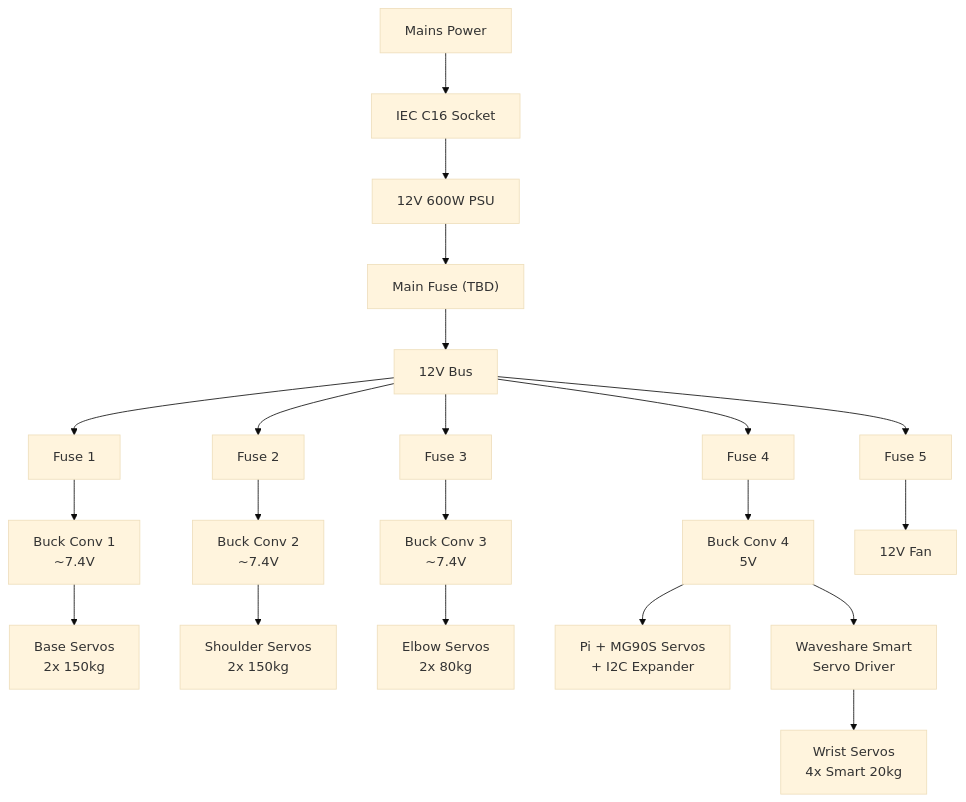
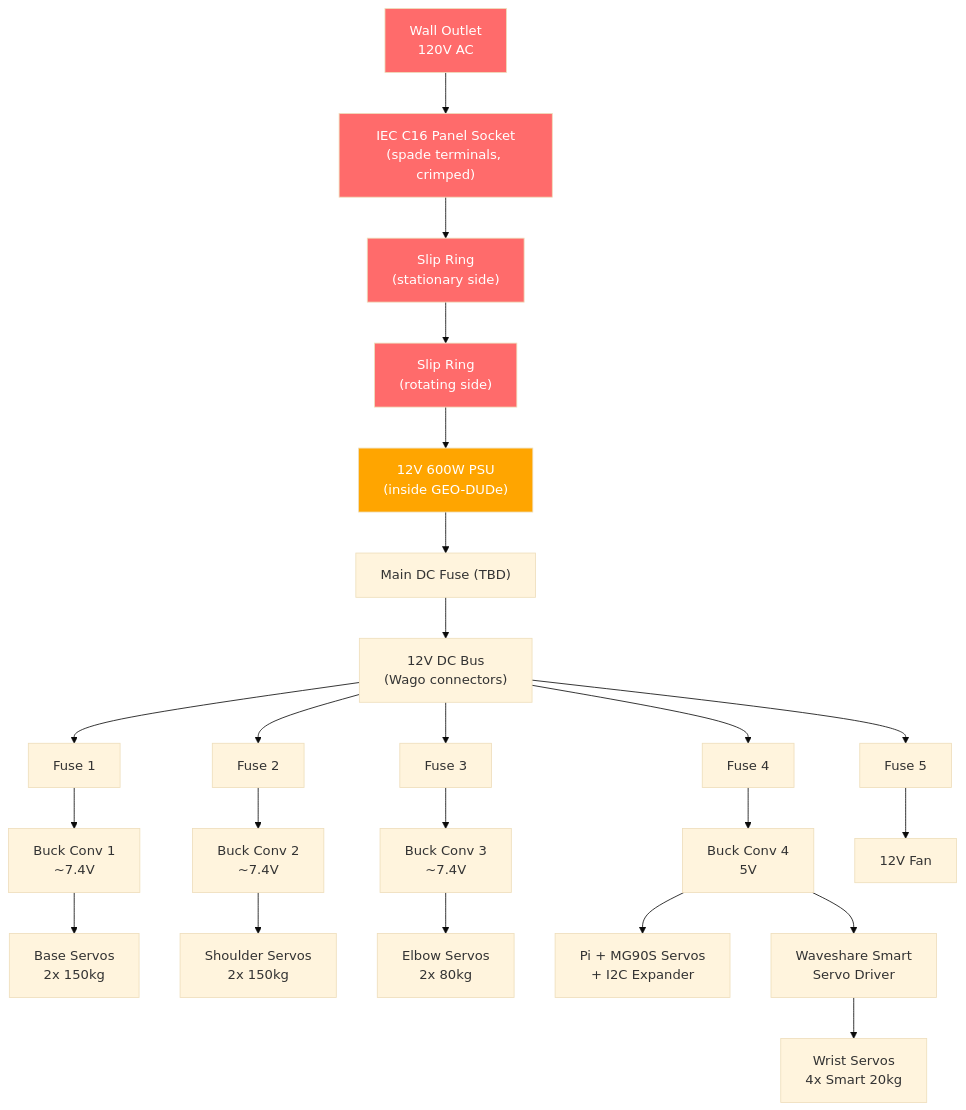
One commit to zeulewan/geodude-control changed the first of 2 diagrams in docs/electrical/geodude/index.md. Above: the diagram before and after it, drawn with Mermaid (base theme). The commit also changed other lines of this file and 1 other file, not shown here.

First line of the commit message:
Fix slip ring: AC mains passthrough, not DC servo signals

````diff
--- a/docs/electrical/geodude/index.md
+++ b/docs/electrical/geodude/index.md
@@ -113,16 +132,25 @@
 ```mermaid
 graph TD
-    MAINS["Mains Power"] --> IEC["IEC C16 Socket"]
-    IEC --> PSU["12V 600W PSU"]
-    PSU --> F_MAIN["Main Fuse (TBD)"]
-    F_MAIN --> BUS["12V Bus"]
+    WALL["Wall Outlet<br/>120V AC"] --> IEC["IEC C16 Panel Socket<br/>(spade terminals, crimped)"]
+    IEC --> SLIP_IN["Slip Ring<br/>(stationary side)"]
+    SLIP_IN --> SLIP_OUT["Slip Ring<br/>(rotating side)"]
+    SLIP_OUT --> PSU["12V 600W PSU<br/>(inside GEO-DUDe)"]
+
+    PSU --> F_MAIN["Main DC Fuse (TBD)"]
+    F_MAIN --> BUS["12V DC Bus<br/>(Wago connectors)"]
 
     BUS --> F1["Fuse 1"] --> BUCK1["Buck Conv 1<br/>~7.4V"] --> BASE["Base Servos<br/>2x 150kg"]
     BUS --> F2["Fuse 2"] --> BUCK2["Buck Conv 2<br/>~7.4V"] --> SHOULDER["Shoulder Servos<br/>2x 150kg"]
     BUS --> F3["Fuse 3"] --> BUCK3["Buck Conv 3<br/>~7.4V"] --> ELBOW["Elbow Servos<br/>2x 80kg"]
     BUS --> F4["Fuse 4"] --> BUCK4["Buck Conv 4<br/>5V"] --> PI_GROUP["Pi + MG90S Servos<br/>+ I2C Expander"]
     BUS --> F5["Fuse 5"] --> FAN["12V Fan"]
 
     BUCK4 --> SMART_DRV["Waveshare Smart<br/>Servo Driver"]
     SMART_DRV --> WRIST["Wrist Servos<br/>4x Smart 20kg"]
+
+    style WALL fill:#ff6b6b,color:#fff
+    style SLIP_IN fill:#ff6b6b,color:#fff
+    style SLIP_OUT fill:#ff6b6b,color:#fff
+    style IEC fill:#ff6b6b,color:#fff
+    style PSU fill:#ffa500,color:#fff
 ```
````
